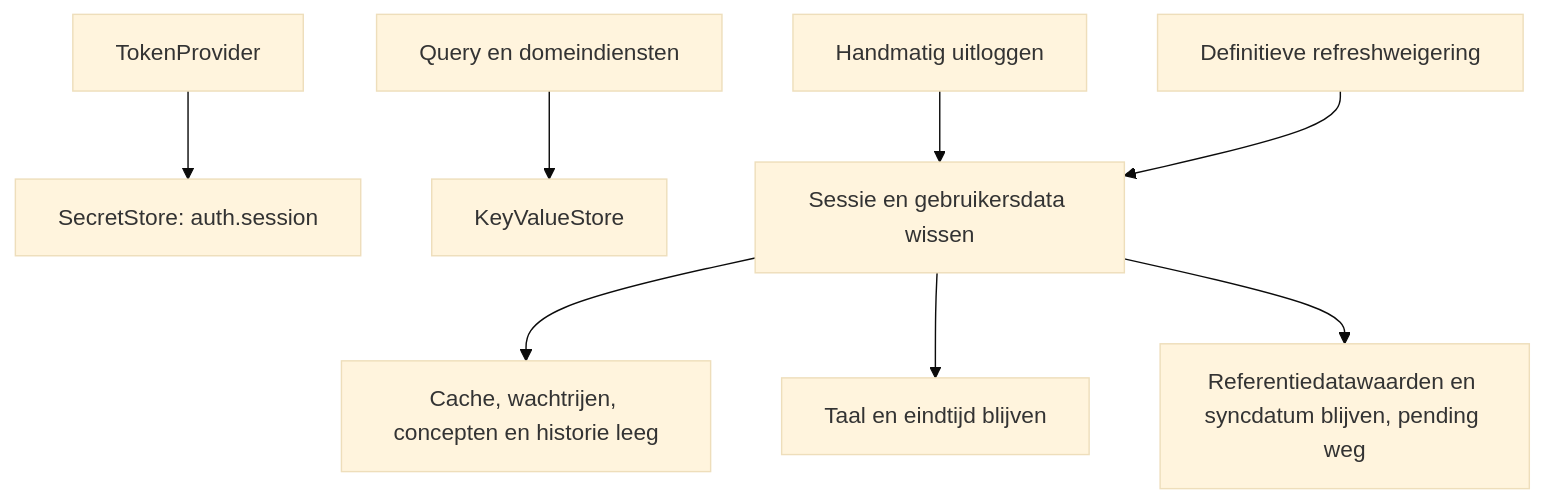
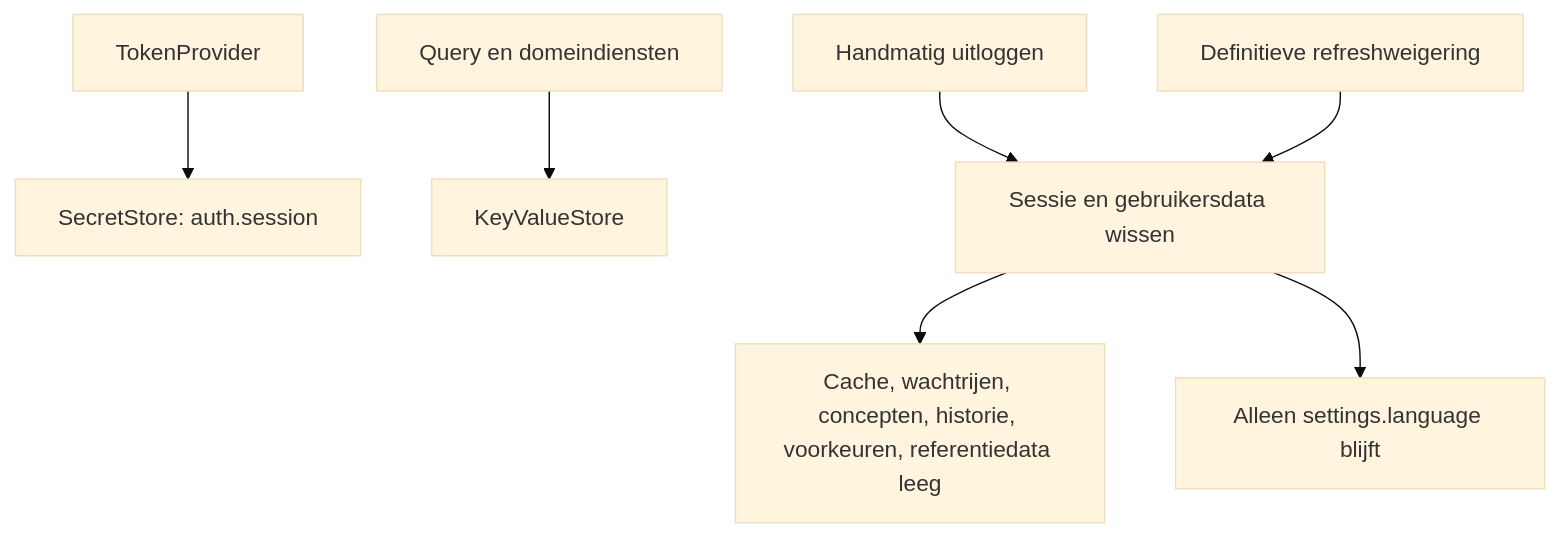
The diagram in docs/wiki/opslagsleutels.md (crfarber/vaneijck-berger-app), drawn with Mermaid (base theme) before and after one commit. The commit also changed other lines of this file and 222 other files, not shown here.

````diff
--- a/docs/wiki/opslagsleutels.md
+++ b/docs/wiki/opslagsleutels.md
@@ -15,10 +15,9 @@
 ```mermaid
 flowchart TD
   A[TokenProvider] --> B[SecretStore: auth.session]
   C[Query en domeindiensten] --> D[KeyValueStore]
   E[Handmatig uitloggen] --> F[Sessie en gebruikersdata wissen]
   G[Definitieve refreshweigering] --> F
-  F --> H[Cache, wachtrijen, concepten en historie leeg]
-  F --> I[Taal en eindtijd blijven]
-  F --> J[Referentiedatawaarden en syncdatum blijven, pending weg]
+  F --> H[Cache, wachtrijen, concepten, historie, voorkeuren, referentiedata leeg]
+  F --> I[Alleen settings.language blijft]
 ```
````
